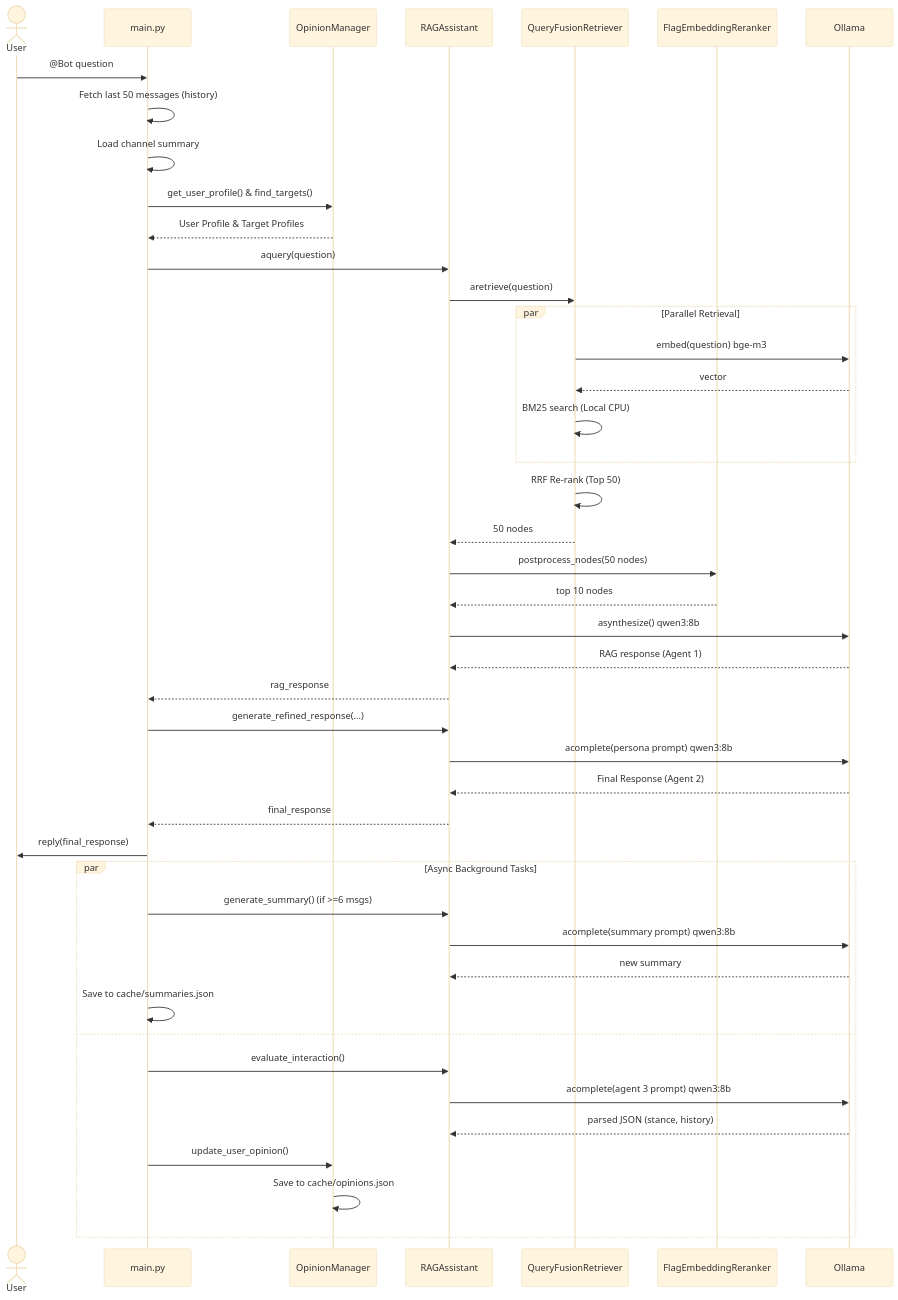
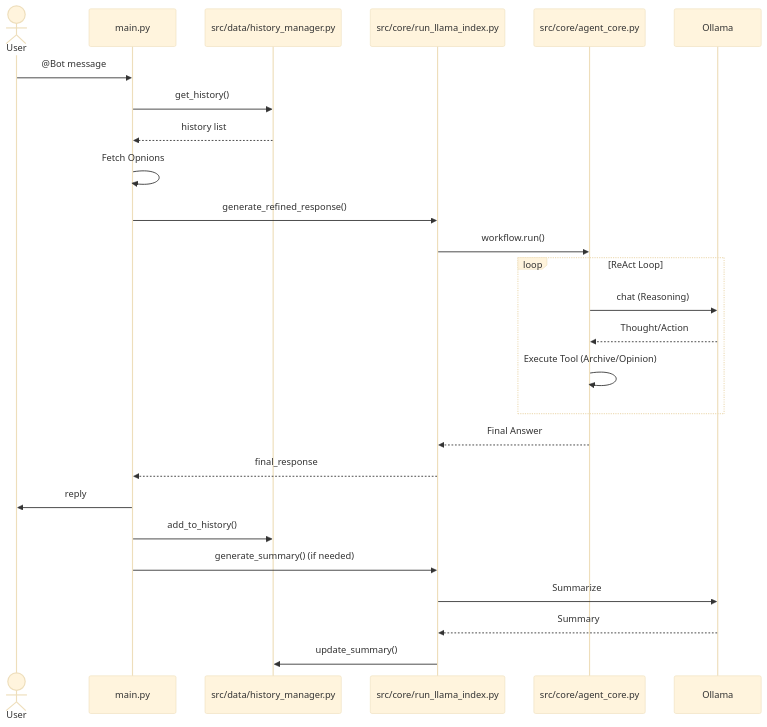
The second of 2 diagrams in architecture.md (vp-1591/discord-assistant), drawn with Mermaid (base theme) before and after one commit. The commit also changed other lines of this file and 17 other files, not shown here.

Commit message:
feat: Modularize project structure into `src/core`, `src/config`, and `src/data` directories; docs: update documentation

````diff
--- a/architecture.md
+++ b/architecture.md
@@ -115,50 +86,33 @@
 ```mermaid
 sequenceDiagram
     actor User
-    participant Bot as main.py
-    participant Opinions as OpinionManager
-    participant RAG as RAGAssistant
-    participant Fusion as QueryFusionRetriever
-    participant Reranker as FlagEmbeddingReranker
+    participant Main as main.py
+    participant Hist as src/data/history_manager.py
+    participant RAG as src/core/run_llama_index.py
+    participant Agent as src/core/agent_core.py
     participant Ollama
 
-    User->>Bot: @Bot question
-    Bot->>Bot: Fetch last 50 messages (history)
-    Bot->>Bot: Load channel summary
-    Bot->>Opinions: get_user_profile() & find_targets()
-    Opinions-->>Bot: User Profile & Target Profiles
+    User->>Main: @Bot message
+    Main->>Hist: get_history()
+    Hist-->>Main: history list
+    Main->>Main: Fetch Opnions
     
-    Bot->>RAG: aquery(question)
-    RAG->>Fusion: aretrieve(question)
-    par Parallel Retrieval
-        Fusion->>Ollama: embed(question) bge-m3
-        Ollama-->>Fusion: vector
-        Fusion->>Fusion: BM25 search (Local CPU)
+    Main->>RAG: generate_refined_response()
+    RAG->>Agent: workflow.run()
+    
+    loop ReAct Loop
+        Agent->>Ollama: chat (Reasoning)
+        Ollama-->>Agent: Thought/Action
+        Agent->>Agent: Execute Tool (Archive/Opinion)
     end
-    Fusion->>Fusion: RRF Re-rank (Top 50)
-    Fusion-->>RAG: 50 nodes
-    RAG->>Reranker: postprocess_nodes(50 nodes)
-    Reranker-->>RAG: top 10 nodes
-    RAG->>Ollama: asynthesize() qwen3:8b
-    Ollama-->>RAG: RAG response (Agent 1)
-    RAG-->>Bot: rag_response
     
-    Bot->>RAG: generate_refined_response(...)
-    RAG->>Ollama: acomplete(persona prompt) qwen3:8b
-    Ollama-->>RAG: Final Response (Agent 2)
-    RAG-->>Bot: final_response
-    Bot->>User: reply(final_response)
+    Agent-->>RAG: Final Answer
+    RAG-->>Main: final_response
+    Main->>User: reply
     
-    par Async Background Tasks
-        Bot->>RAG: generate_summary() (if >=6 msgs)
-        RAG->>Ollama: acomplete(summary prompt) qwen3:8b
-        Ollama-->>RAG: new summary
-        Bot->>Bot: Save to cache/summaries.json
-    and
-        Bot->>RAG: evaluate_interaction()
-        RAG->>Ollama: acomplete(agent 3 prompt) qwen3:8b
-        Ollama-->>RAG: parsed JSON (stance, history)
-        Bot->>Opinions: update_user_opinion()
-        Opinions->>Opinions: Save to cache/opinions.json
-    end
+    Main->>Hist: add_to_history()
+    Main->>RAG: generate_summary() (if needed)
+    RAG->>Ollama: Summarize
+    Ollama-->>RAG: Summary
+    RAG->>Hist: update_summary()
 ```
````
